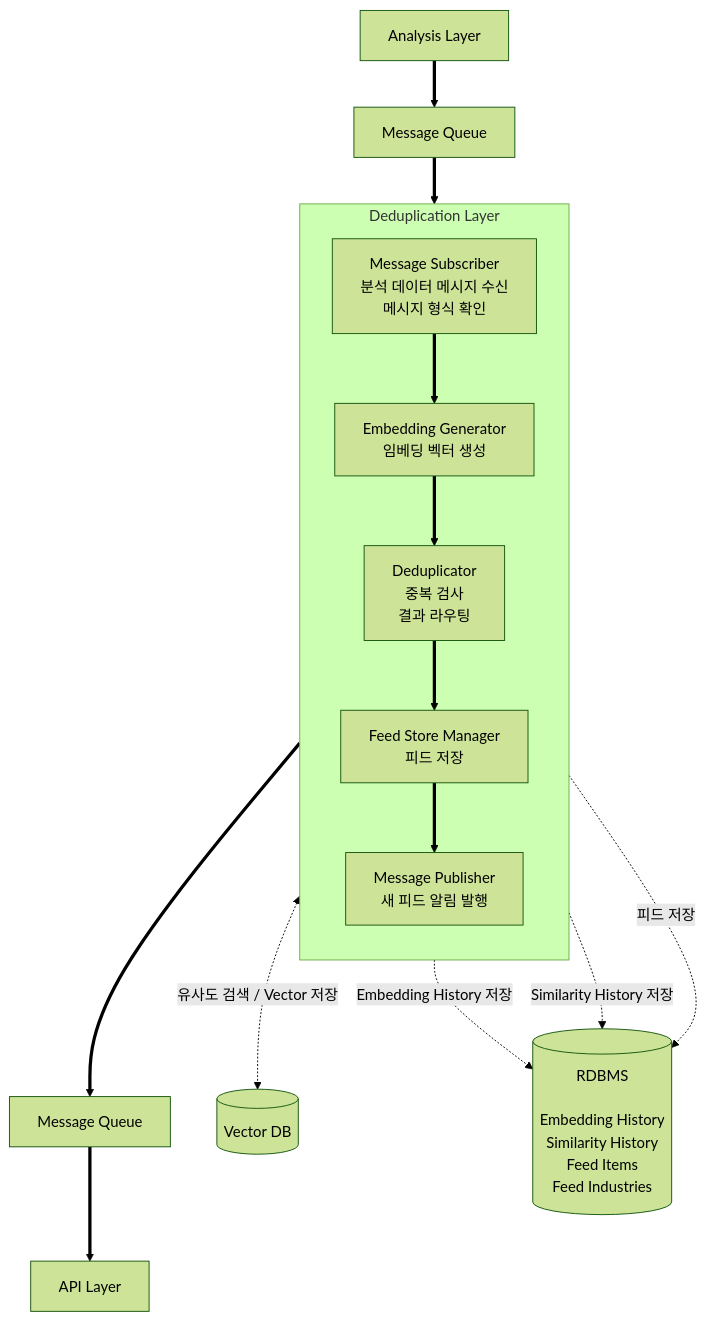
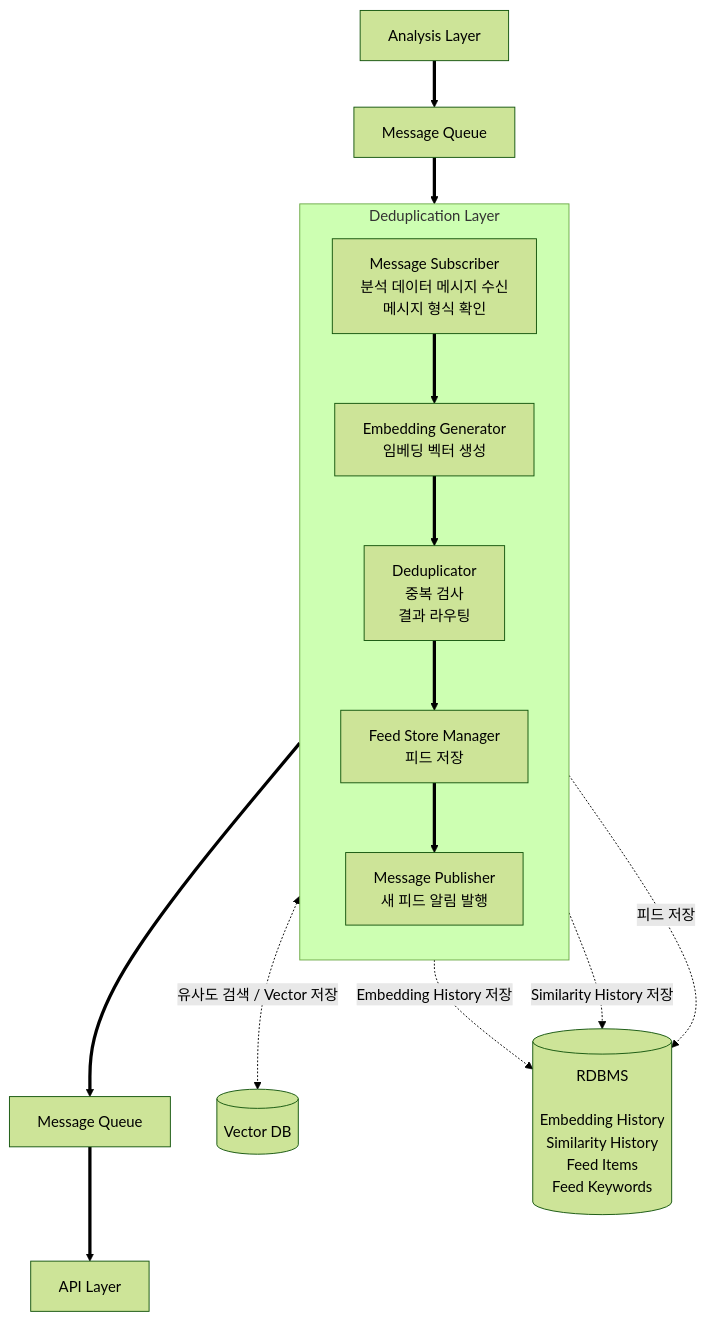
Before and after one commit to Trump-Scan/.github: the diagram in 3.DeduplicationDesign.md, drawn with Mermaid (forest theme). The commit also changed other lines of this file and 7 other files, not shown here.

````diff
--- a/3.DeduplicationDesign.md
+++ b/3.DeduplicationDesign.md
@@ -56,34 +56,34 @@
 ```mermaid
 graph TB
    ANL[Analysis Layer]
    MQ1[Message Queue]
    MQ2[Message Queue]
    API[API Layer]
 
    subgraph dedup[Deduplication Layer]
       direction TB
       MS[Message Subscriber<br/>분석 데이터 메시지 수신<br/>메시지 형식 확인]
       EG[Embedding Generator<br/>임베딩 벡터 생성]
       DD[Deduplicator<br/>중복 검사<br/>결과 라우팅]
       FSM[Feed Store Manager<br/>피드 저장]
       MP[Message Publisher<br/>새 피드 알림 발행]
 
       MS ==> EG
       EG ==> DD
       DD ==> FSM
       FSM ==> MP
    end
 
    VDB[(Vector DB)]
-   RDB[(RDBMS<br/><br/>Embedding History<br/>Similarity History<br/>Feed Items<br/>Feed Industries)]
+   RDB[(RDBMS<br/><br/>Embedding History<br/>Similarity History<br/>Feed Items<br/>Feed Keywords)]
 
    ANL ==> MQ1
    MQ1 ==> MS
    MP ==> MQ2
    MQ2 ==> API
 
    EG -.Embedding History 저장.-> RDB
    DD <-.유사도 검색 / Vector 저장.-> VDB
    DD -.Similarity History 저장.-> RDB
    FSM -.피드 저장.-> RDB
 ```
````
